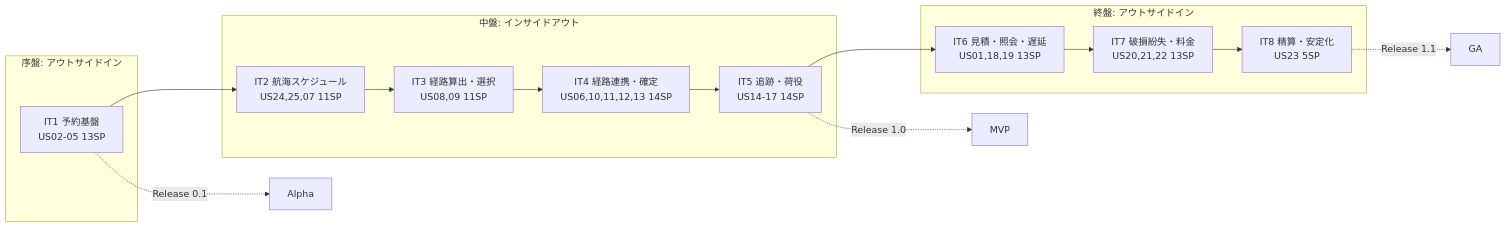
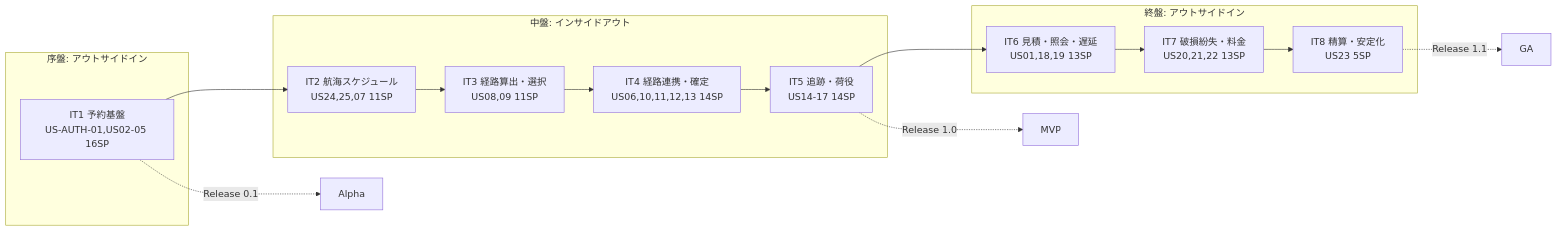
The first of 4 diagrams in docs/development/development_strategy.md (k2works/case-study-cargo-tracker), drawn with Mermaid before and after one commit. The commit also changed other lines of this file and 5 other files, not shown here.

````diff
--- a/docs/development/development_strategy.md
+++ b/docs/development/development_strategy.md
@@ -38,21 +38,21 @@
 ```mermaid
 graph LR
     subgraph early["序盤: アウトサイドイン"]
-        IT1["IT1 予約基盤<br/>US02-05 13SP"]
+        IT1["IT1 予約基盤<br/>US-AUTH-01,US02-05 16SP"]
     end
     subgraph mid["中盤: インサイドアウト"]
         IT2["IT2 航海スケジュール<br/>US24,25,07 11SP"]
         IT3["IT3 経路算出・選択<br/>US08,09 11SP"]
         IT4["IT4 経路連携・確定<br/>US06,10,11,12,13 14SP"]
         IT5["IT5 追跡・荷役<br/>US14-17 14SP"]
     end
     subgraph late["終盤: アウトサイドイン"]
         IT6["IT6 見積・照会・遅延<br/>US01,18,19 13SP"]
         IT7["IT7 破損紛失・料金<br/>US20,21,22 13SP"]
         IT8["IT8 精算・安定化<br/>US23 5SP"]
     end
     IT1 --> IT2 --> IT3 --> IT4 --> IT5 --> IT6 --> IT7 --> IT8
     IT1 -.->|"Release 0.1"| R1["Alpha"]
     IT5 -.->|"Release 1.0"| R2["MVP"]
     IT8 -.->|"Release 1.1"| R3["GA"]
 ```
````
